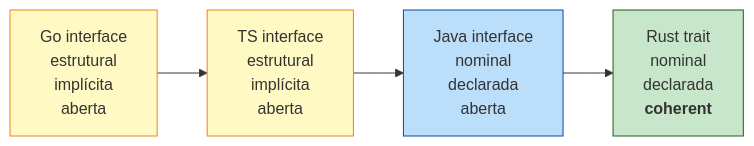
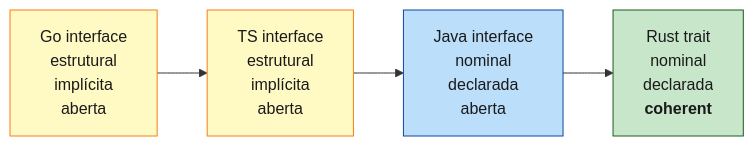
Before and after one commit to Felipeness/ferro-e-espirito: the diagram in book/part-08-generics-and-traits/ch23-traits.md, drawn with Mermaid. The commit also changed 56 other files, not shown here.

First line of the commit message:
fix: contraste de texto em diagramas mermaid

````diff
--- a/book/part-08-generics-and-traits/ch23-traits.md
+++ b/book/part-08-generics-and-traits/ch23-traits.md
@@ -245,18 +245,18 @@
 ```mermaid
 graph LR
     direction LR
 
     Go["Go interface<br/>estrutural<br/>implícita<br/>aberta"]
     TS["TS interface<br/>estrutural<br/>implícita<br/>aberta"]
     Java["Java interface<br/>nominal<br/>declarada<br/>aberta"]
     Rust["Rust trait<br/>nominal<br/>declarada<br/><b>coherent</b>"]
 
     Go    --> TS
     TS    --> Java
     Java  --> Rust
 
-    style Go fill:#fff9c4,stroke:#f57f17
-    style TS fill:#fff9c4,stroke:#f57f17
-    style Java fill:#bbdefb,stroke:#0d47a1
-    style Rust fill:#c8e6c9,stroke:#1b5e20
+    style Go fill:#fff9c4,stroke:#f57f17,color:#1a1a1a
+    style TS fill:#fff9c4,stroke:#f57f17,color:#1a1a1a
+    style Java fill:#bbdefb,stroke:#0d47a1,color:#1a1a1a
+    style Rust fill:#c8e6c9,stroke:#1b5e20,color:#1a1a1a
 ```
````
